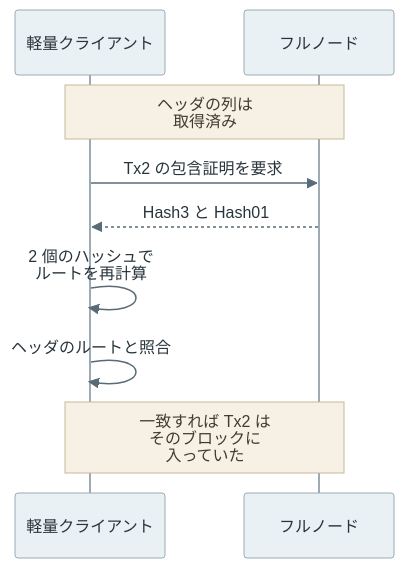
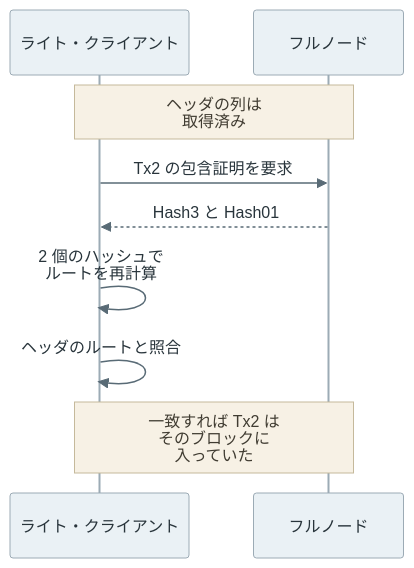
Before and after one commit to nao1215/debimate: the fifth of 6 diagrams in content/notes/blockchain-systems/bitcoin-merkle-tree/index.md, drawn with Mermaid. The commit also changed other lines of this file and 12 other files, not shown here.

````diff
--- a/content/notes/blockchain-systems/bitcoin-merkle-tree/index.md
+++ b/content/notes/blockchain-systems/bitcoin-merkle-tree/index.md
@@ -245,12 +245,12 @@
 ```mermaid
 %%{init: {"theme":"base","themeVariables":{"primaryColor":"#eaf1f5","primaryTextColor":"#28343b","primaryBorderColor":"#9cabb5","lineColor":"#596b76","textColor":"#28343b","actorBkg":"#eaf1f5","actorBorder":"#9cabb5","actorTextColor":"#28343b","actorLineColor":"#9cabb5","signalColor":"#596b76","signalTextColor":"#28343b","noteBkgColor":"#f7f1e5","noteBorderColor":"#c5b99b","noteTextColor":"#403c32","activationBkgColor":"#edf3ef","activationBorderColor":"#9aafa1"}}}%%
 sequenceDiagram
-    participant C as 軽量クライアント
+    participant C as ライト・クライアント
     participant F as フルノード
     Note over C,F: ヘッダの列は<br/>取得済み
     C->>F: Tx2 の包含証明を要求
     F-->>C: Hash3 と Hash01
     C->>C: 2 個のハッシュで<br/>ルートを再計算
     C->>C: ヘッダのルートと照合
     Note over C,F: 一致すれば Tx2 は<br/>そのブロックに<br/>入っていた
 ```
````
